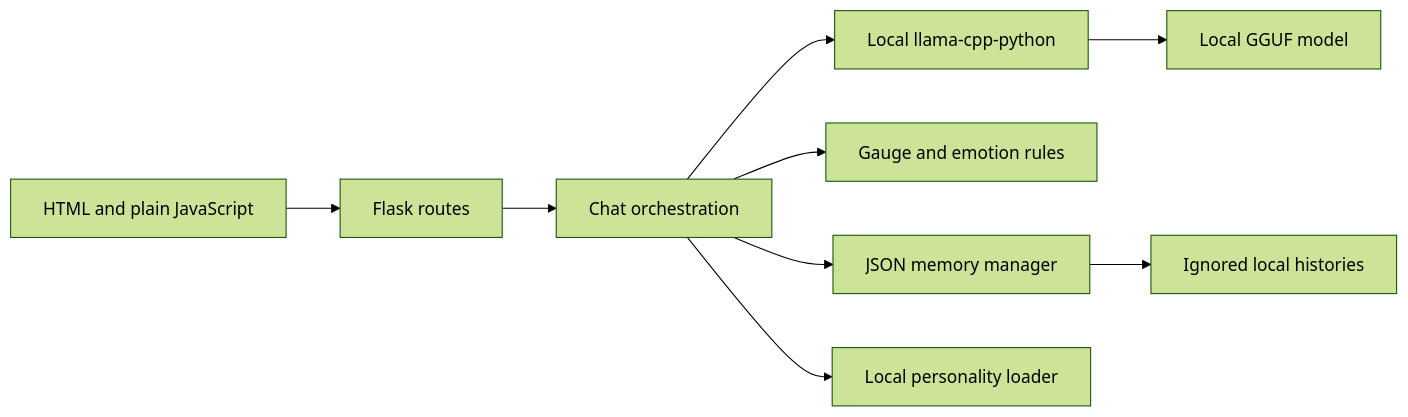
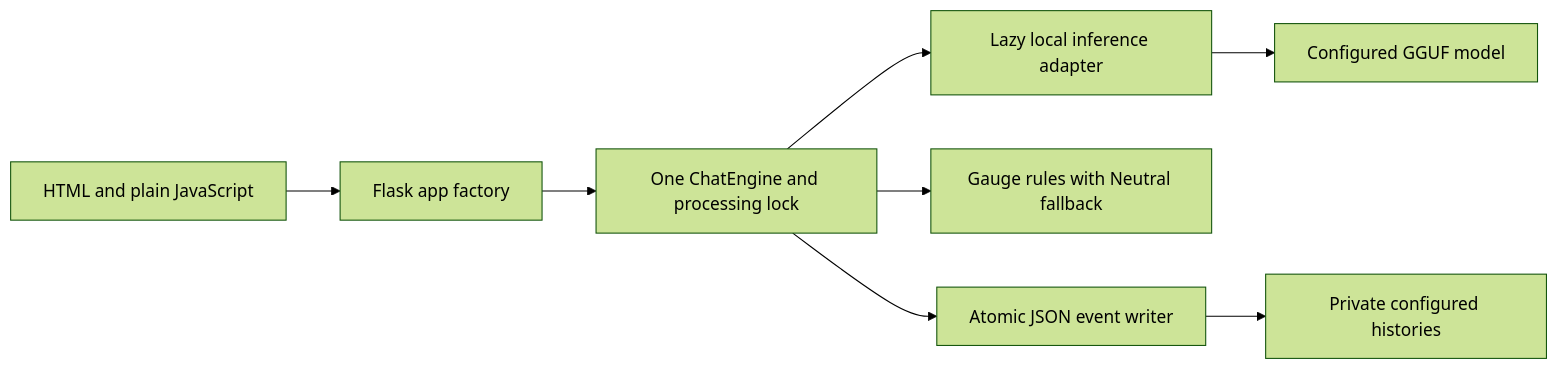
One commit to LYF-FC/incanta changed the diagram in ARCHITECTURE.md. Above: the diagram before and after it, drawn with Mermaid (forest theme). The commit also changed other lines of this file and 80 other files, not shown here.

Commit message:
feat: verify reliable local chat and plan companion MVP

````diff
--- a/ARCHITECTURE.md
+++ b/ARCHITECTURE.md
@@ -5,11 +5,10 @@
 ```mermaid
 flowchart LR
-    Browser[HTML and plain JavaScript] --> Flask[Flask routes]
-    Flask --> Chat[Chat orchestration]
-    Chat --> LLM[Local llama-cpp-python]
-    Chat --> Gauges[Gauge and emotion rules]
-    Chat --> Memory[JSON memory manager]
-    Chat --> Persona[Local personality loader]
-    Memory --> Disk[Ignored local histories]
-    LLM --> Model[Local GGUF model]
+    Browser[HTML and plain JavaScript] --> Flask[Flask app factory]
+    Flask --> Engine[One ChatEngine and processing lock]
+    Engine --> Adapter[Lazy local inference adapter]
+    Adapter --> Model[Configured GGUF model]
+    Engine --> Gauges[Gauge rules with Neutral fallback]
+    Engine --> Memory[Atomic JSON event writer]
+    Memory --> Disk[Private configured histories]
 ```
````
